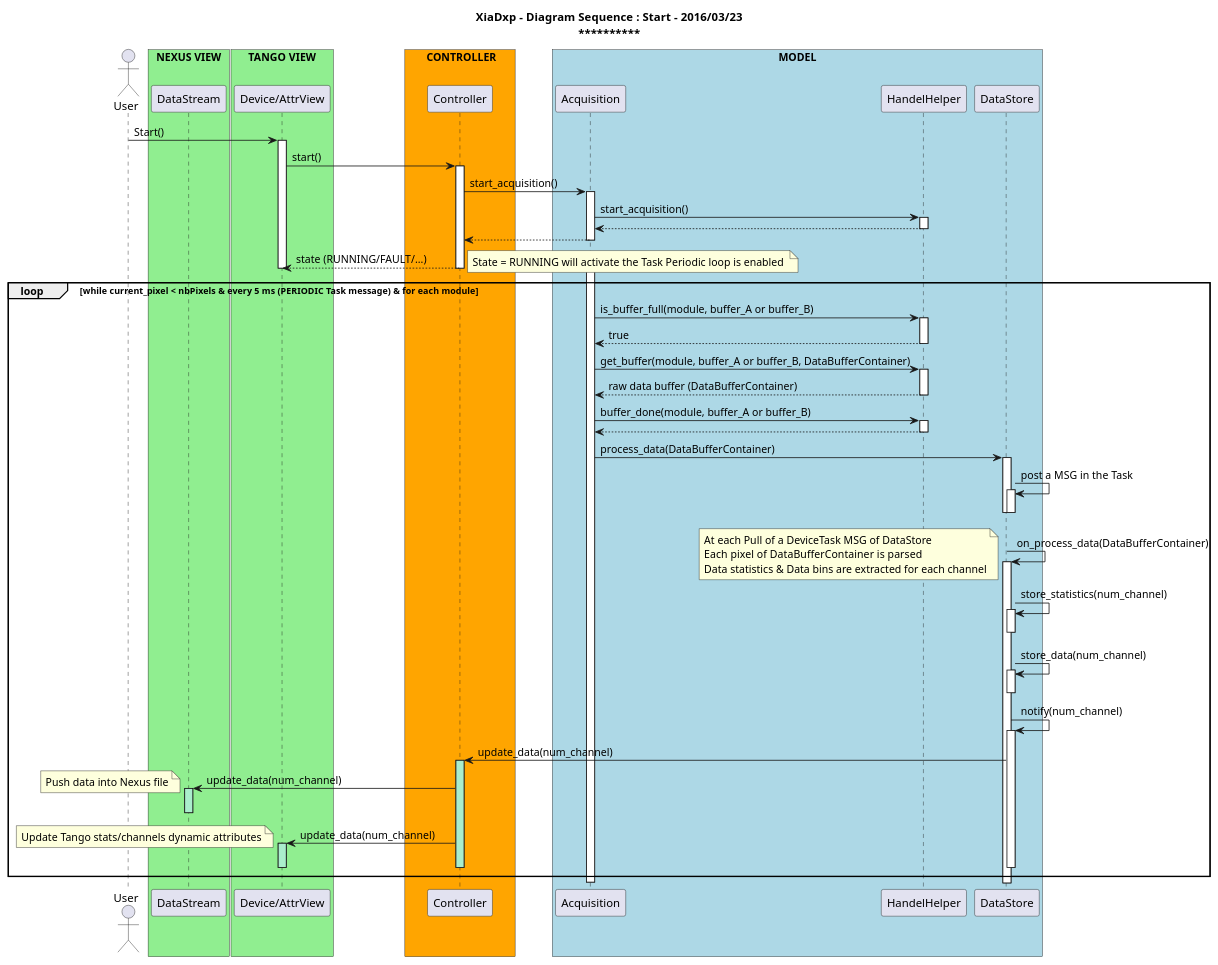
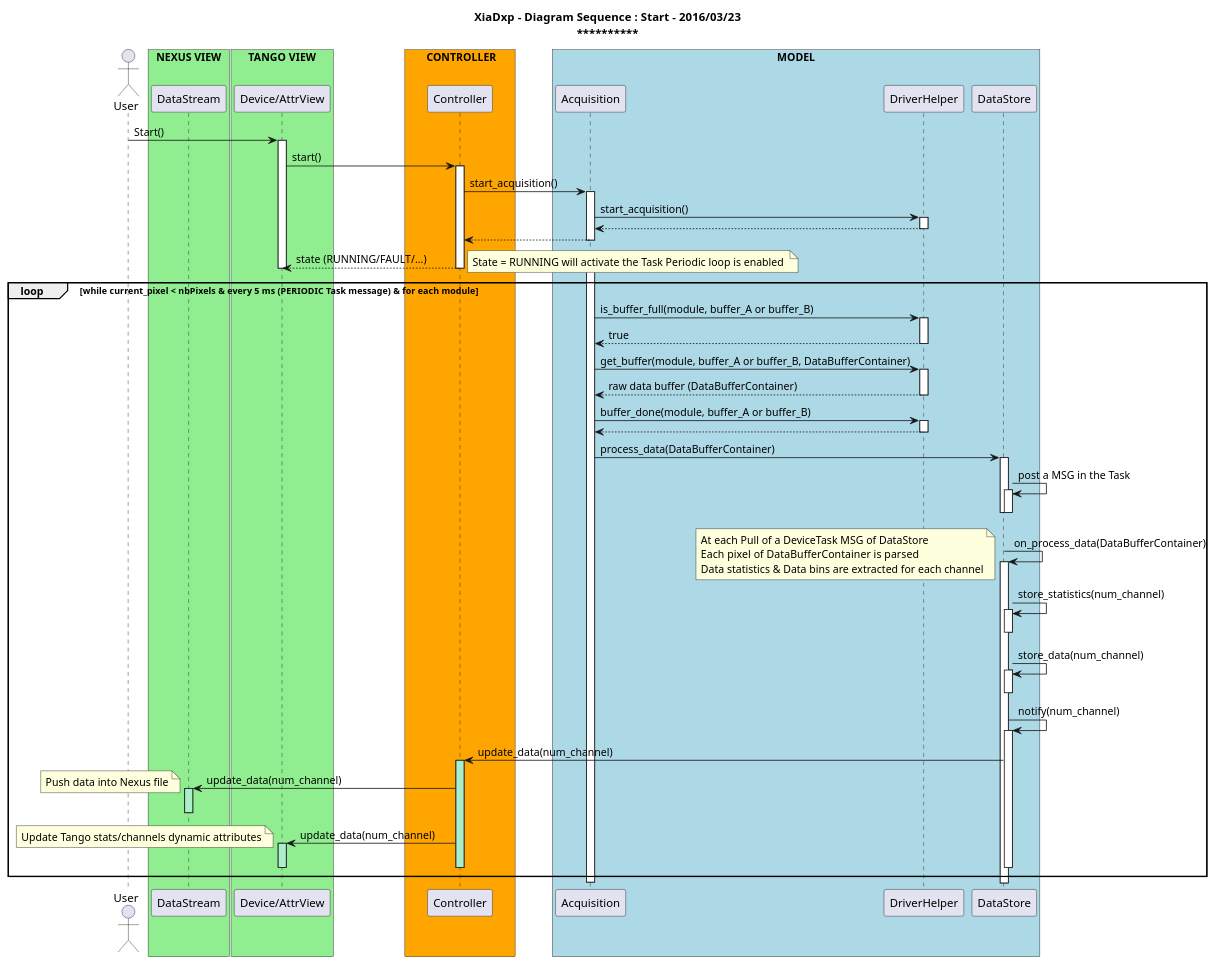
The diagram in uml/diagram_sequence_start_acquisition_MAPPING_1.puml (anoureddine/XiaDxp), drawn with PlantUML before and after one commit. The commit also changed 9 other files, not shown here.

Commit message:
- Update Uml scripts

```diff
--- a/uml/diagram_sequence_start_acquisition_MAPPING_1.puml
+++ b/uml/diagram_sequence_start_acquisition_MAPPING_1.puml
@@ -1,124 +1,124 @@
 @startuml
 
 title <b>XiaDxp - Diagram Sequence  : Start - 2016/03/23</b>\n**********************************************
 
 actor User
 
 participant "DataStream" as Stream
 box "NEXUS VIEW" #LightGreen
 	participant Stream
 end box
 
 participant "Device/AttrView" as Device
 box "TANGO VIEW" #LightGreen
 	participant Device
 end box
 
 participant "Controller" as Ctrl
 box "       CONTROLLER      " #Orange
 	participant Ctrl
 end box
 
 participant "Acquisition" as Acq
-participant "HandelHelper" as Handel
+participant "DriverHelper" as Driver
 participant "DataStore" as Store
 box "MODEL" #LightBlue
 	participant Acq
-	participant Handel
+	participant Driver
     participant Store
 end box
 
 
 User -> Device: Start()
 activate Device
 
 Device -> Ctrl: start()
 activate Ctrl
 
 Ctrl -> Acq : start_acquisition()
 activate Acq
 
-Acq -> Handel : start_acquisition()
-activate Handel
+Acq -> Driver : start_acquisition()
+activate Driver
 
-Handel --> Acq 
-deactivate Handel
+Driver --> Acq 
+deactivate Driver
 
 Acq --> Ctrl
 deactivate Acq
 
 Ctrl --> Device : state (RUNNING/FAULT/...)
 deactivate Ctrl
 deactivate Device
 
 note right 
             State = RUNNING will activate the Task Periodic loop is enabled 
 end note
 
 activate Acq
 
 loop while  current_pixel < nbPixels & every 5 ms (PERIODIC Task message) & for each module
-            Acq -> Handel : is_buffer_full(module, buffer_A or buffer_B)
-            activate Handel
-            Handel --> Acq : true
-            deactivate Handel
+            Acq -> Driver : is_buffer_full(module, buffer_A or buffer_B)
+            activate Driver
+            Driver --> Acq : true
+            deactivate Driver
 
-            Acq -> Handel : get_buffer(module, buffer_A or buffer_B, DataBufferContainer)
-            activate Handel
-            Handel --> Acq : raw data buffer (DataBufferContainer)
-            deactivate Handel
+            Acq -> Driver : get_buffer(module, buffer_A or buffer_B, DataBufferContainer)
+            activate Driver
+            Driver --> Acq : raw data buffer (DataBufferContainer)
+            deactivate Driver
 
-            Acq -> Handel : buffer_done(module, buffer_A or buffer_B)
-            activate Handel
-            Handel --> Acq
-            deactivate Handel
+            Acq -> Driver : buffer_done(module, buffer_A or buffer_B)
+            activate Driver
+            Driver --> Acq
+            deactivate Driver
 
             Acq -> Store: process_data(DataBufferContainer)
             activate Store
             Store -> Store: post a MSG in the Task
             activate Store
             deactivate Store
             deactivate Store
 
 
             Store -> Store: on_process_data(DataBufferContainer)
             activate Store
 note left 
             At each Pull of a DeviceTask MSG of DataStore
             Each pixel of  DataBufferContainer is parsed
             Data statistics & Data bins are extracted for each channel
 end note
             
             Store -> Store: store_statistics(num_channel)
             activate Store
             deactivate Store
             Store -> Store: store_data(num_channel)  
             activate Store
             deactivate Store
             Store -> Store : notify(num_channel)
             activate Store
 
             Store -> Ctrl : update_data(num_channel)
             activate Ctrl #AAEECC
 
             Ctrl -> Stream : update_data(num_channel)
             activate Stream #AAEECC
 note left 
             Push data into Nexus file
 end note
             deactivate Stream
 
             Ctrl -> Device : update_data(num_channel)
             activate Device #AAEECC
 note left 
             Update Tango stats/channels dynamic attributes
 end note
             deactivate Device
             deactivate Ctrl
             deactivate Store
 
         end
 
 deactivate Acq
 
 @enduml
```
